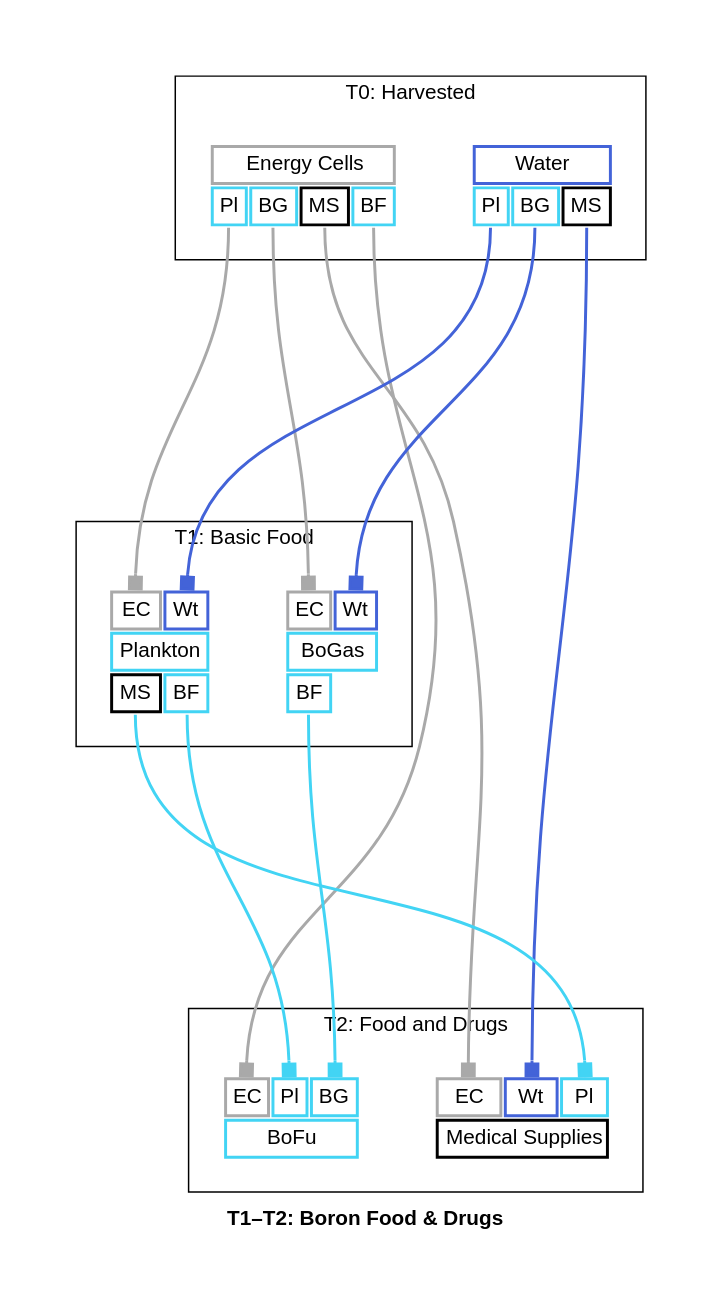
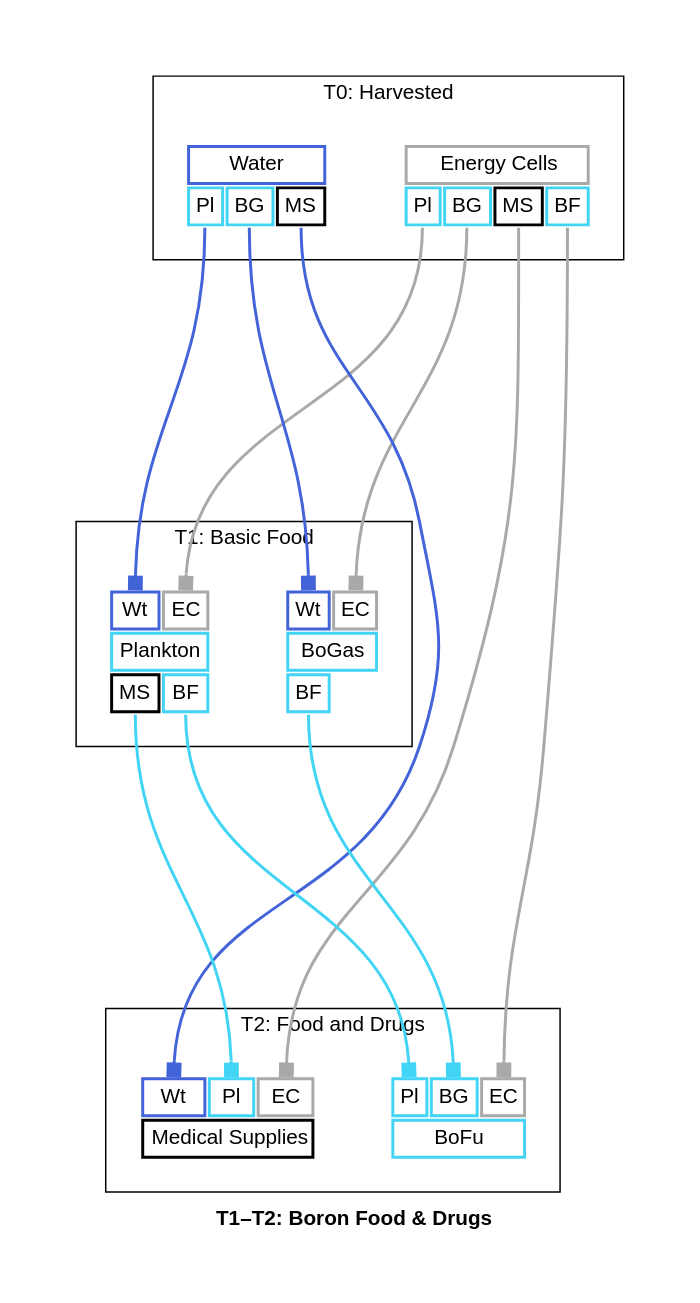
Before and after one commit to borntyping/x4-diagrams: the diagram in docs/t1_t2_boron_food_drugs_graph_full.dot, drawn with Graphviz. The commit also changed other lines of this file and 46 other files, not shown here.

First line of the commit message:
Fix weird highlighting in the sankey diagram

```diff
--- a/docs/t1_t2_boron_food_drugs_graph_full.dot
+++ b/docs/t1_t2_boron_food_drugs_graph_full.dot
@@ -1,141 +1,141 @@
 digraph "X4 Economy" {
 	edge [arrowType=normal]
 	compound=true fontname="Helvetica,Arial,sans-serif"
 	label=<<b>T1–T2: Boron Food &amp; Drugs</b>>
 	graph [nodesep=0.3 pad=0.5 ranksep=3]
 	node [color=slategray1 fontname="Helvetica,Arial,sans-serif" margin=0.2 penwidth=2.0 shape=plaintext]
 	edge [arrowhead=normal arrowsize=1.0 fontname="Helvetica,Arial,sans-serif" headport=n penwidth=2.0 tailport=s]
 	subgraph 0 {
 		cluster=true label="T0: Harvested"
 		energy_cells [label=<<table border="0" cellborder="2" cellpadding="4" cellspacing="1" fixedsize="false" id="energy_cells" port="output">
   
   <tr>
     <td align="text" bgcolor="white" color="#a9a9a9" colspan="4">Energy Cells</td>
   </tr>
   
     <tr>
       
         <td align="text" bgcolor="white" color="#42d4f4" port="plankton">Pl</td>
       
         <td align="text" bgcolor="white" color="#42d4f4" port="bogas">BG</td>
       
         <td align="text" bgcolor="white" color="#000000" port="medical_supplies">MS</td>
       
         <td align="text" bgcolor="white" color="#42d4f4" port="bofu">BF</td>
       
     </tr>
   
 </table>>]
 		water [label=<<table border="0" cellborder="2" cellpadding="4" cellspacing="1" fixedsize="false" id="water" port="output">
   
   <tr>
     <td align="text" bgcolor="white" color="#4363d8" colspan="3">Water</td>
   </tr>
   
     <tr>
       
         <td align="text" bgcolor="white" color="#42d4f4" port="plankton">Pl</td>
       
         <td align="text" bgcolor="white" color="#42d4f4" port="bogas">BG</td>
       
         <td align="text" bgcolor="white" color="#000000" port="medical_supplies">MS</td>
       
     </tr>
   
 </table>>]
 	}
 	subgraph 1 {
 		cluster=true label="T1: Basic Food"
 		bogas [label=<<table border="0" cellborder="2" cellpadding="4" cellspacing="1" fixedsize="false" id="bogas" port="output">
   
     <tr>
       
+        <td align="text" bgcolor="white" color="#4363d8" port="water">Wt</td>
+      
         <td align="text" bgcolor="white" color="#a9a9a9" port="energy_cells">EC</td>
-      
-        <td align="text" bgcolor="white" color="#4363d8" port="water">Wt</td>
       
     </tr>
   
   <tr>
     <td align="text" bgcolor="white" color="#42d4f4" colspan="2">BoGas</td>
   </tr>
   
     <tr>
       
         <td align="text" bgcolor="white" color="#42d4f4" port="bofu">BF</td>
       
     </tr>
   
 </table>>]
 		plankton [label=<<table border="0" cellborder="2" cellpadding="4" cellspacing="1" fixedsize="false" id="plankton" port="output">
   
     <tr>
       
+        <td align="text" bgcolor="white" color="#4363d8" port="water">Wt</td>
+      
         <td align="text" bgcolor="white" color="#a9a9a9" port="energy_cells">EC</td>
-      
-        <td align="text" bgcolor="white" color="#4363d8" port="water">Wt</td>
       
     </tr>
   
   <tr>
     <td align="text" bgcolor="white" color="#42d4f4" colspan="2">Plankton</td>
   </tr>
   
     <tr>
       
         <td align="text" bgcolor="white" color="#000000" port="medical_supplies">MS</td>
       
         <td align="text" bgcolor="white" color="#42d4f4" port="bofu">BF</td>
       
     </tr>
   
 </table>>]
 	}
 	subgraph 2 {
 		cluster=true label="T2: Food and Drugs"
 		bofu [label=<<table border="0" cellborder="2" cellpadding="4" cellspacing="1" fixedsize="false" id="bofu" port="output">
   
     <tr>
       
-        <td align="text" bgcolor="white" color="#a9a9a9" port="energy_cells">EC</td>
-      
         <td align="text" bgcolor="white" color="#42d4f4" port="plankton">Pl</td>
       
         <td align="text" bgcolor="white" color="#42d4f4" port="bogas">BG</td>
+      
+        <td align="text" bgcolor="white" color="#a9a9a9" port="energy_cells">EC</td>
       
     </tr>
   
   <tr>
     <td align="text" bgcolor="white" color="#42d4f4" colspan="3">BoFu</td>
   </tr>
   
 </table>>]
 		medical_supplies [label=<<table border="0" cellborder="2" cellpadding="4" cellspacing="1" fixedsize="false" id="medical_supplies" port="output">
   
     <tr>
       
-        <td align="text" bgcolor="white" color="#a9a9a9" port="energy_cells">EC</td>
-      
         <td align="text" bgcolor="white" color="#4363d8" port="water">Wt</td>
       
         <td align="text" bgcolor="white" color="#42d4f4" port="plankton">Pl</td>
+      
+        <td align="text" bgcolor="white" color="#a9a9a9" port="energy_cells">EC</td>
       
     </tr>
   
   <tr>
     <td align="text" bgcolor="white" color="#000000" colspan="3">Medical Supplies</td>
   </tr>
   
 </table>>]
 	}
 	energy_cells:plankton:s -> plankton:energy_cells:n [arrowhead=box color="#a9a9a9" weight=1.0]
 	water:plankton:s -> plankton:water:n [arrowhead=box color="#4363d8" weight=1.0]
 	energy_cells:bogas:s -> bogas:energy_cells:n [arrowhead=box color="#a9a9a9" weight=1.0]
 	water:bogas:s -> bogas:water:n [arrowhead=box color="#4363d8" weight=1.0]
 	energy_cells:medical_supplies:s -> medical_supplies:energy_cells:n [arrowhead=box color="#a9a9a9" weight=1.0]
 	plankton:medical_supplies:s -> medical_supplies:plankton:n [arrowhead=box color="#42d4f4" weight=1.0]
 	water:medical_supplies:s -> medical_supplies:water:n [arrowhead=box color="#4363d8" weight=1.0]
 	bogas:bofu:s -> bofu:bogas:n [arrowhead=box color="#42d4f4" weight=1.0]
 	energy_cells:bofu:s -> bofu:energy_cells:n [arrowhead=box color="#a9a9a9" weight=1.0]
 	plankton:bofu:s -> bofu:plankton:n [arrowhead=box color="#42d4f4" weight=1.0]
 }
```
